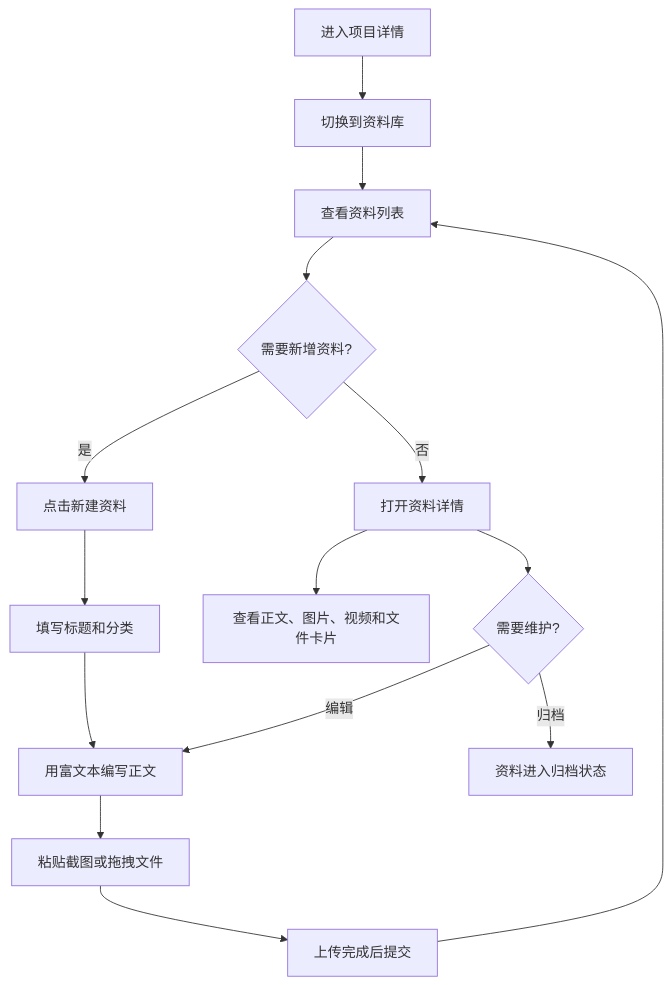
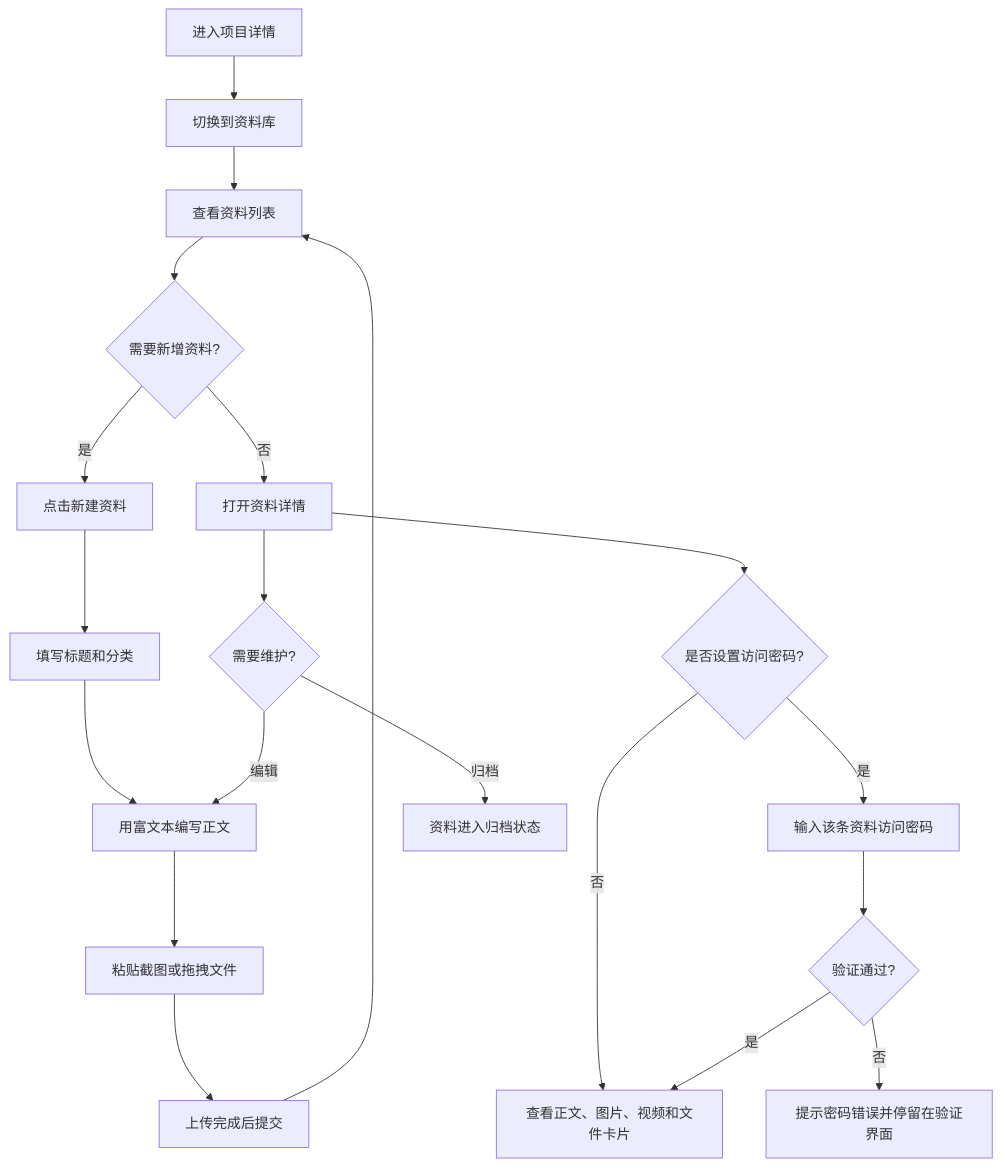
The diagram in docs/brainstorms/2026-07-13-project-resource-library-requirements.md (ZhcChen/yuance), drawn with Mermaid before and after one commit. The commit also changed other lines of this file and 15 other files, not shown here.

````diff
--- a/docs/brainstorms/2026-07-13-project-resource-library-requirements.md
+++ b/docs/brainstorms/2026-07-13-project-resource-library-requirements.md
@@ -46,17 +49,22 @@
 ```mermaid
 flowchart TB
   A[进入项目详情] --> B[切换到资料库]
   B --> C[查看资料列表]
   C --> D{需要新增资料?}
   D -- 是 --> E[点击新建资料]
   E --> F[填写标题和分类]
   F --> G[用富文本编写正文]
   G --> H[粘贴截图或拖拽文件]
   H --> I[上传完成后提交]
   I --> C
   D -- 否 --> J[打开资料详情]
-  J --> K[查看正文、图片、视频和文件卡片]
+  J --> P{是否设置访问密码?}
+  P -- 否 --> K[查看正文、图片、视频和文件卡片]
+  P -- 是 --> Q[输入该条资料访问密码]
+  Q --> R{验证通过?}
+  R -- 是 --> K
+  R -- 否 --> S[提示密码错误并停留在验证界面]
   J --> L{需要维护?}
   L -- 编辑 --> G
   L -- 归档 --> M[资料进入归档状态]
 ```
````
